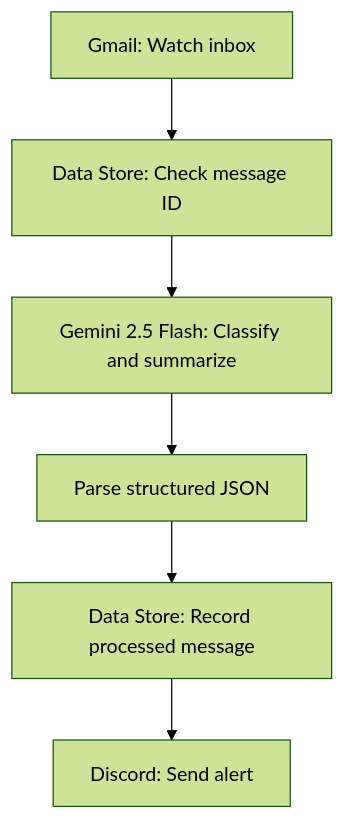
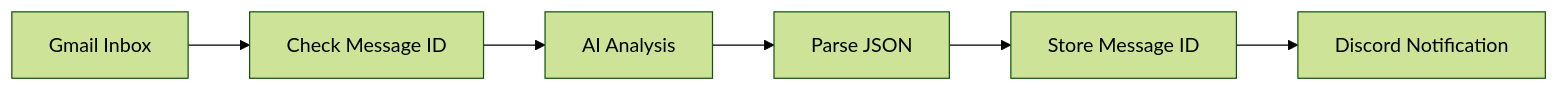
One commit to RynodeSec/gmail-ai-email-automation changed the diagram in README.md. Above: the diagram before and after it, drawn with Mermaid (forest theme). The commit also changed other lines of this file, not shown here.

First line of the commit message:
Revise README for Gmail AI Email Automation

````diff
--- a/README.md
+++ b/README.md
@@ -29,8 +21,8 @@
 ```mermaid
-flowchart TD
-    A[Gmail: Watch inbox] --> B[Data Store: Check message ID]
-    B --> C[Gemini 2.5 Flash: Classify and summarize]
-    C --> D[Parse structured JSON]
-    D --> E[Data Store: Record processed message]
-    E --> F[Discord: Send alert]
+flowchart LR
+    A[Gmail Inbox] --> B[Check Message ID]
+    B --> C[AI Analysis]
+    C --> D[Parse JSON]
+    D --> E[Store Message ID]
+    E --> F[Discord Notification]
 ```
````
